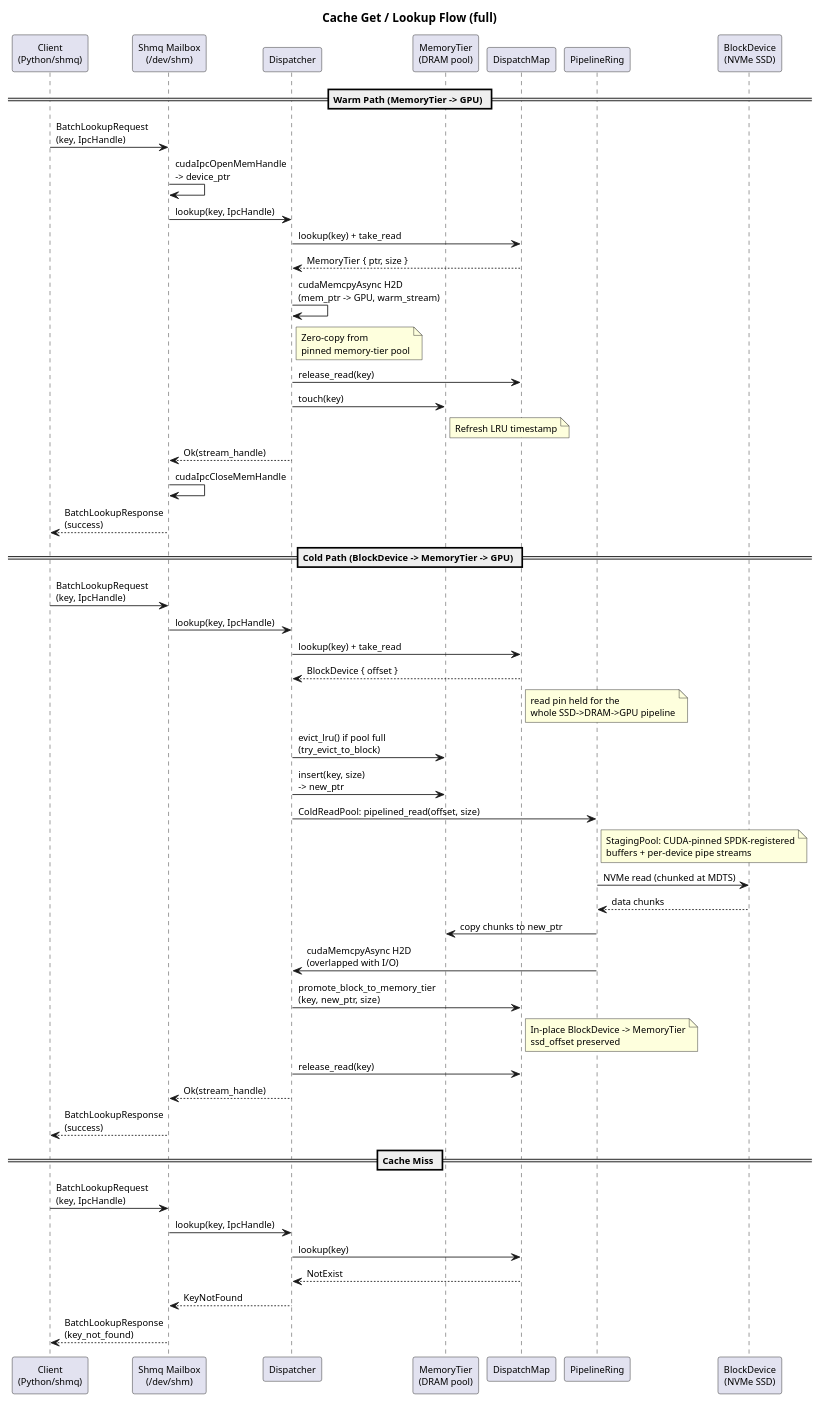
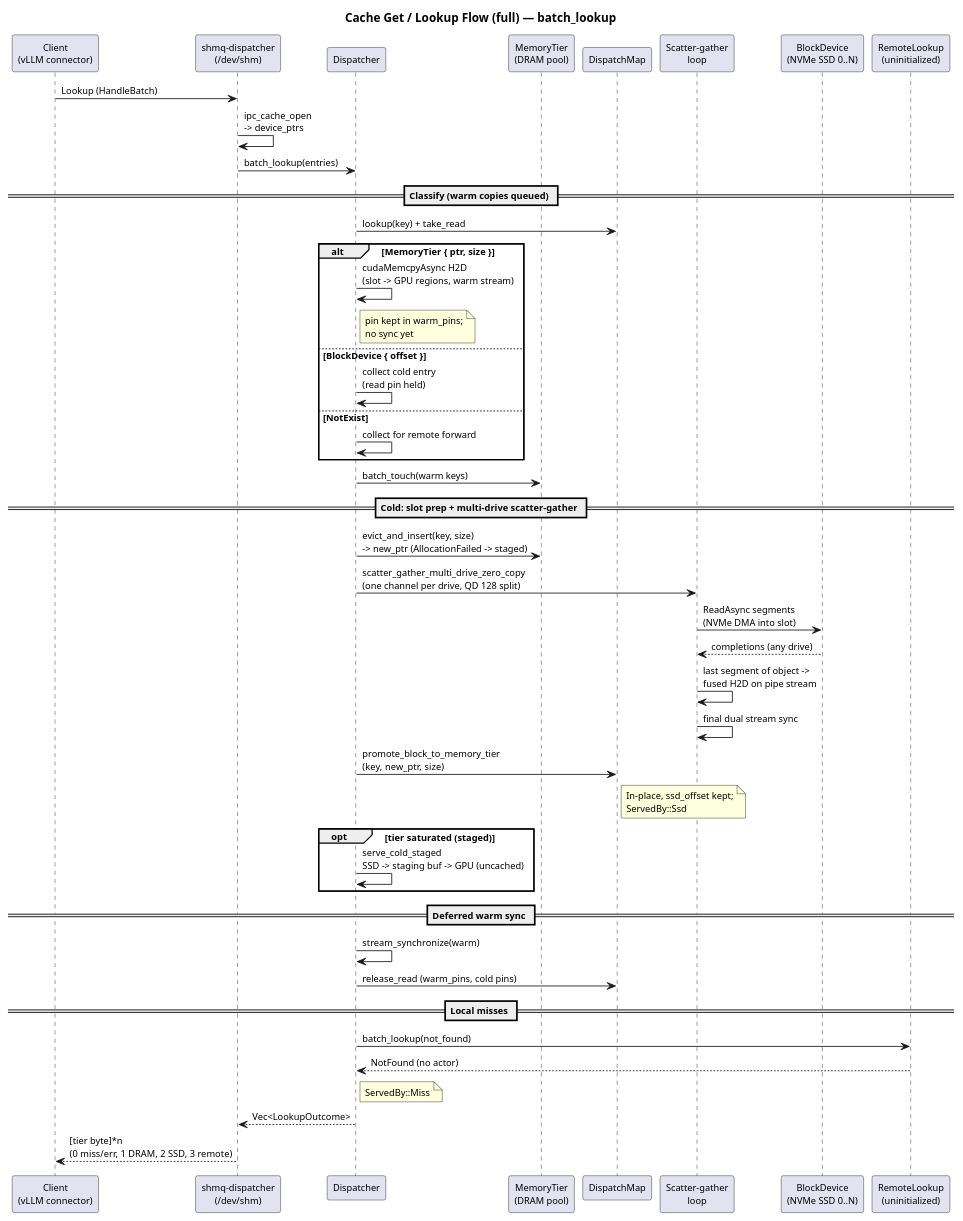
One commit to AI-native-Systems-Research/ai-native-storage-certus changed the diagram in design/profiles/full/design-spec-hit-flow.puml. Above: the diagram before and after it, drawn with PlantUML. The commit also changed 19 other files, not shown here.

First line of the commit message:
design: sync full profile artifacts to current code; add full-optimized profile

```diff
--- a/design/profiles/full/design-spec-hit-flow.puml
+++ b/design/profiles/full/design-spec-hit-flow.puml
@@ -1,73 +1,62 @@
 @startuml
 skinparam shadowing false
 skinparam defaultFontSize 11
 
-title Cache Get / Lookup Flow (full)
+title Cache Get / Lookup Flow (full) — batch_lookup
 
-participant "Client\n(Python/shmq)" as client
-participant "Shmq Mailbox\n(/dev/shm)" as shmq
+participant "Client\n(vLLM connector)" as client
+participant "shmq-dispatcher\n(/dev/shm)" as shmq
 participant "Dispatcher" as disp
 participant "MemoryTier\n(DRAM pool)" as mt
 participant "DispatchMap" as dm
-participant "PipelineRing" as pr
-participant "BlockDevice\n(NVMe SSD)" as ssd
+participant "Scatter-gather\nloop" as sg
+participant "BlockDevice\n(NVMe SSD 0..N)" as ssd
+participant "RemoteLookup\n(uninitialized)" as rl
 
-== Warm Path (MemoryTier -> GPU) ==
+client -> shmq: Lookup (HandleBatch)
+shmq -> shmq: ipc_cache_open\n-> device_ptrs
+shmq -> disp: batch_lookup(entries)
 
-client -> shmq: BatchLookupRequest\n(key, IpcHandle)
-shmq -> shmq: cudaIpcOpenMemHandle\n-> device_ptr
-shmq -> disp: lookup(key, IpcHandle)
+== Classify (warm copies queued) ==
 
 disp -> dm: lookup(key) + take_read
-dm --> disp: MemoryTier { ptr, size }
+alt MemoryTier { ptr, size }
+  disp -> disp: cudaMemcpyAsync H2D\n(slot -> GPU regions, warm stream)
+  note right of disp: pin kept in warm_pins;\nno sync yet
+else BlockDevice { offset }
+  disp -> disp: collect cold entry\n(read pin held)
+else NotExist
+  disp -> disp: collect for remote forward
+end
+disp -> mt: batch_touch(warm keys)
 
-disp -> disp: cudaMemcpyAsync H2D\n(mem_ptr -> GPU, warm_stream)
-note right of disp: Zero-copy from\npinned memory-tier pool
+== Cold: slot prep + multi-drive scatter-gather ==
 
-disp -> dm: release_read(key)
-disp -> mt: touch(key)
-note right of mt: Refresh LRU timestamp
+disp -> mt: evict_and_insert(key, size)\n-> new_ptr (AllocationFailed -> staged)
+disp -> sg: scatter_gather_multi_drive_zero_copy\n(one channel per drive, QD 128 split)
+sg -> ssd: ReadAsync segments\n(NVMe DMA into slot)
+ssd --> sg: completions (any drive)
+sg -> sg: last segment of object ->\nfused H2D on pipe stream
+sg -> sg: final dual stream sync
+disp -> dm: promote_block_to_memory_tier\n(key, new_ptr, size)
+note right of dm: In-place, ssd_offset kept;\nServedBy::Ssd
 
-disp --> shmq: Ok(stream_handle)
-shmq -> shmq: cudaIpcCloseMemHandle
-shmq --> client: BatchLookupResponse\n(success)
+opt tier saturated (staged)
+  disp -> disp: serve_cold_staged\nSSD -> staging buf -> GPU (uncached)
+end
 
-== Cold Path (BlockDevice -> MemoryTier -> GPU) ==
+== Deferred warm sync ==
 
-client -> shmq: BatchLookupRequest\n(key, IpcHandle)
-shmq -> disp: lookup(key, IpcHandle)
+disp -> disp: stream_synchronize(warm)
+disp -> dm: release_read (warm_pins, cold pins)
 
-disp -> dm: lookup(key) + take_read
-dm --> disp: BlockDevice { offset }
-note right of dm: read pin held for the\nwhole SSD->DRAM->GPU pipeline
+== Local misses ==
 
-disp -> mt: evict_lru() if pool full\n(try_evict_to_block)
-disp -> mt: insert(key, size)\n-> new_ptr
+disp -> rl: batch_lookup(not_found)
+rl --> disp: NotFound (no actor)
+note right of disp: ServedBy::Miss
 
-disp -> pr: ColdReadPool: pipelined_read(offset, size)
-note right of pr: StagingPool: CUDA-pinned SPDK-registered\nbuffers + per-device pipe streams
-pr -> ssd: NVMe read (chunked at MDTS)
-ssd --> pr: data chunks
-pr -> mt: copy chunks to new_ptr
-pr -> disp: cudaMemcpyAsync H2D\n(overlapped with I/O)
-
-disp -> dm: promote_block_to_memory_tier\n(key, new_ptr, size)
-note right of dm: In-place BlockDevice -> MemoryTier\nssd_offset preserved
-
-disp -> dm: release_read(key)
-
-disp --> shmq: Ok(stream_handle)
-shmq --> client: BatchLookupResponse\n(success)
-
-== Cache Miss ==
-
-client -> shmq: BatchLookupRequest\n(key, IpcHandle)
-shmq -> disp: lookup(key, IpcHandle)
-
-disp -> dm: lookup(key)
-dm --> disp: NotExist
-
-disp --> shmq: KeyNotFound
-shmq --> client: BatchLookupResponse\n(key_not_found)
+disp --> shmq: Vec<LookupOutcome>
+shmq --> client: [tier byte]*n\n(0 miss/err, 1 DRAM, 2 SSD, 3 remote)
 
 @enduml
```
